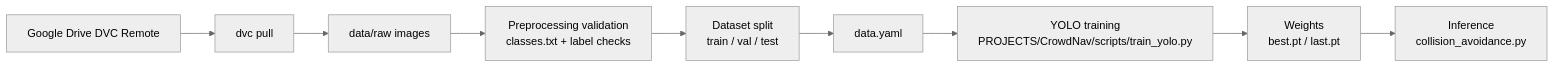
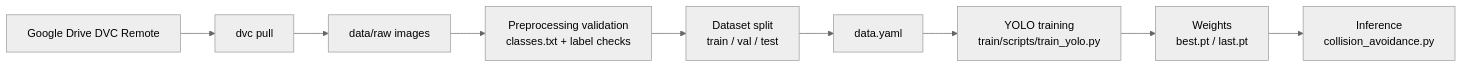
One commit to salieri009/DeepLearning42028UTS changed the first of 5 diagrams in README.md. Above: the diagram before and after it, drawn with Mermaid (neutral theme). The commit also changed other lines of this file and 138 other files, not shown here.

````diff
--- a/README.md
+++ b/README.md
@@ -103,11 +102,11 @@
 ```mermaid
 graph LR
     A[Google Drive DVC Remote] --> B[dvc pull]
     B --> C[data/raw images]
     C --> D[Preprocessing validation\nclasses.txt + label checks]
     D --> E[Dataset split\ntrain / val / test]
     E -->     F[data.yaml]
-    F --> G[YOLO training\nPROJECTS/CrowdNav/scripts/train_yolo.py]
+    F --> G[YOLO training\ntrain/scripts/train_yolo.py]
     G --> H[Weights\nbest.pt / last.pt]
     H --> I[Inference\ncollision_avoidance.py]
 ```
````
